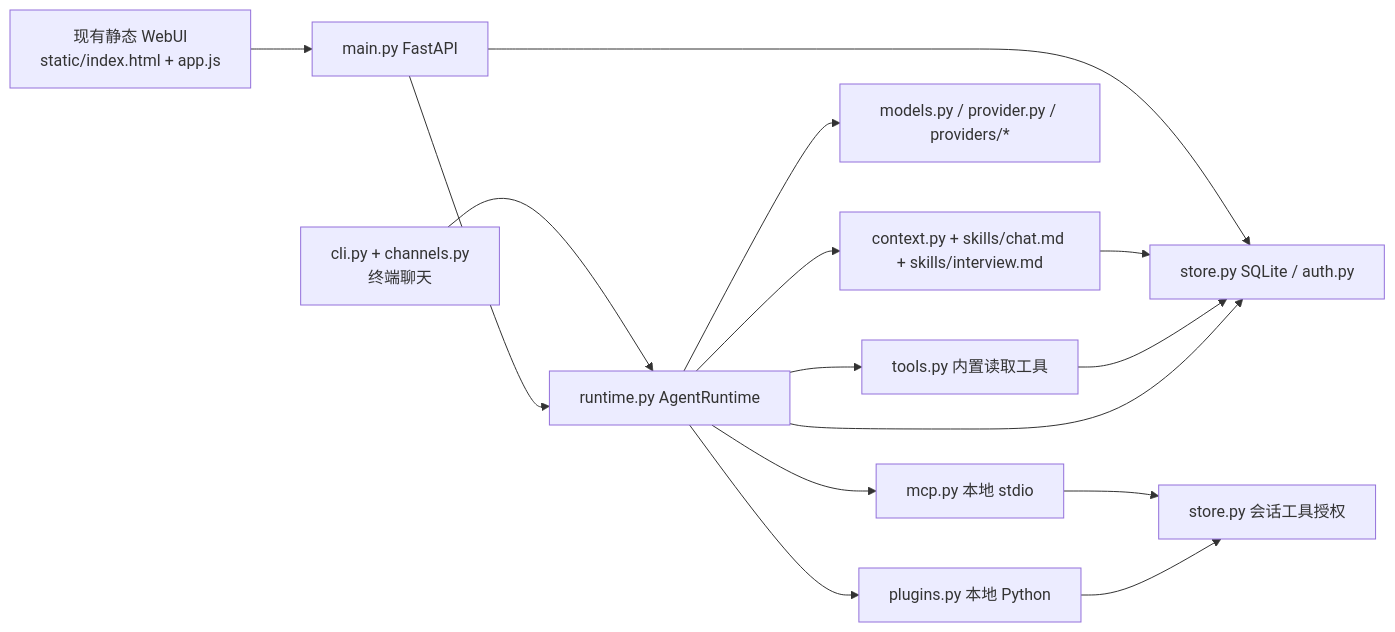
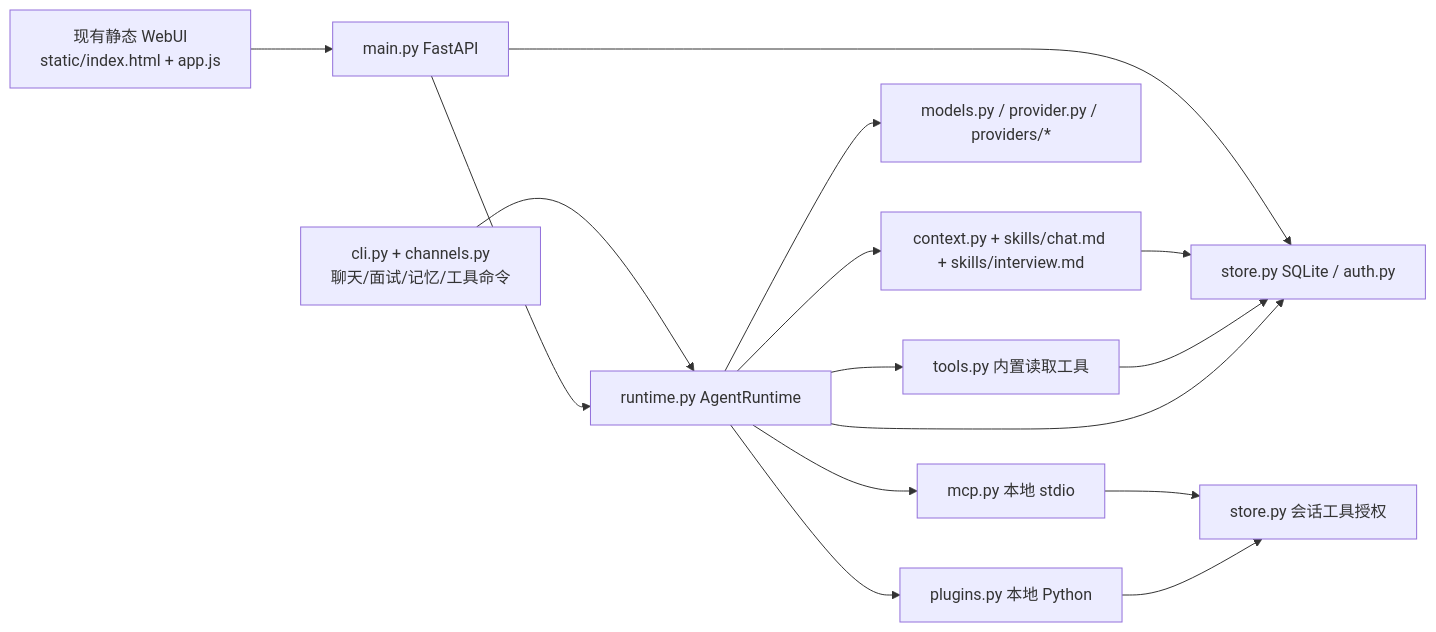
The diagram in DEVELOPMENT_PLAN.md (Nico-Sq/Nico-agent), drawn with Mermaid before and after one commit. The commit also changed other lines of this file and 4 other files, not shown here.

````diff
--- a/DEVELOPMENT_PLAN.md
+++ b/DEVELOPMENT_PLAN.md
@@ -13,17 +13,17 @@
 ```mermaid
 flowchart LR
   Web[现有静态 WebUI<br/>static/index.html + app.js] --> API[main.py FastAPI]
-  CLI[cli.py + channels.py<br/>终端聊天] --> Run[runtime.py AgentRuntime]
+  CLI[cli.py + channels.py<br/>聊天/面试/记忆/工具命令] --> Run[runtime.py AgentRuntime]
   API --> Run
   API --> DB[store.py SQLite / auth.py]
   Run --> Ctx[context.py + skills/chat.md + skills/interview.md]
   Ctx --> DB
   Run --> Catalog[models.py / provider.py / providers/*]
   Run --> Tools[tools.py 内置读取工具]
   Run --> MCP[mcp.py 本地 stdio]
   Run --> Plugins[plugins.py 本地 Python]
   Tools --> DB
   MCP --> Grants[store.py 会话工具授权]
   Plugins --> Grants
   Run --> DB
 ```
````
